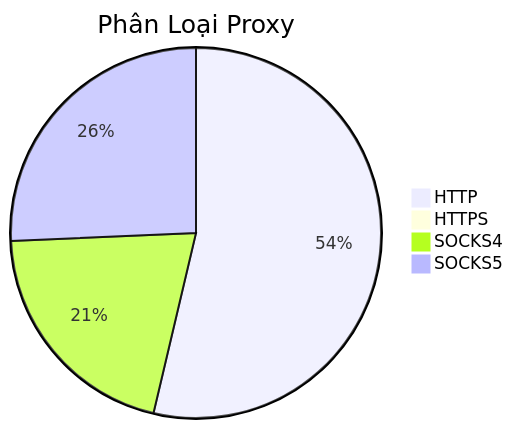
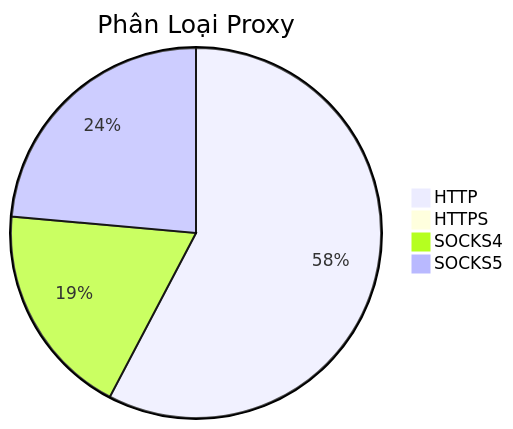
The diagram in README.md (Ciara-12/PROXY-free), drawn with Mermaid before and after one commit. The commit also changed other lines of this file and 4 other files, not shown here.

````diff
--- a/README.md
+++ b/README.md
@@ -26,7 +26,7 @@
 ```mermaid
 pie title Phân Loại Proxy
-    "HTTP" : 786
-    "HTTPS" : 2
-    "SOCKS4" : 302
-    "SOCKS5" : 376
+    "HTTP" : 1030
+    "HTTPS" : 0
+    "SOCKS4" : 334
+    "SOCKS5" : 421
 ```
````
